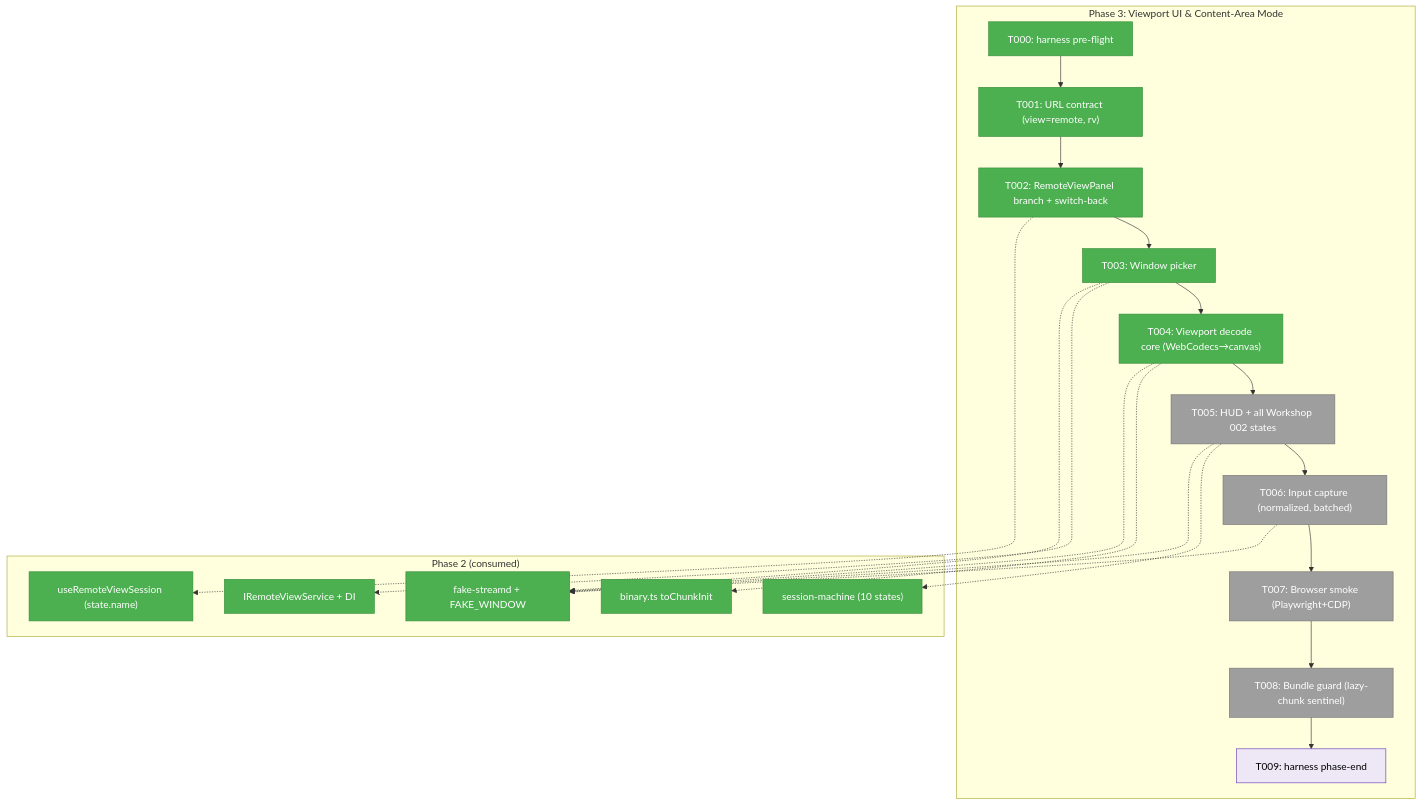
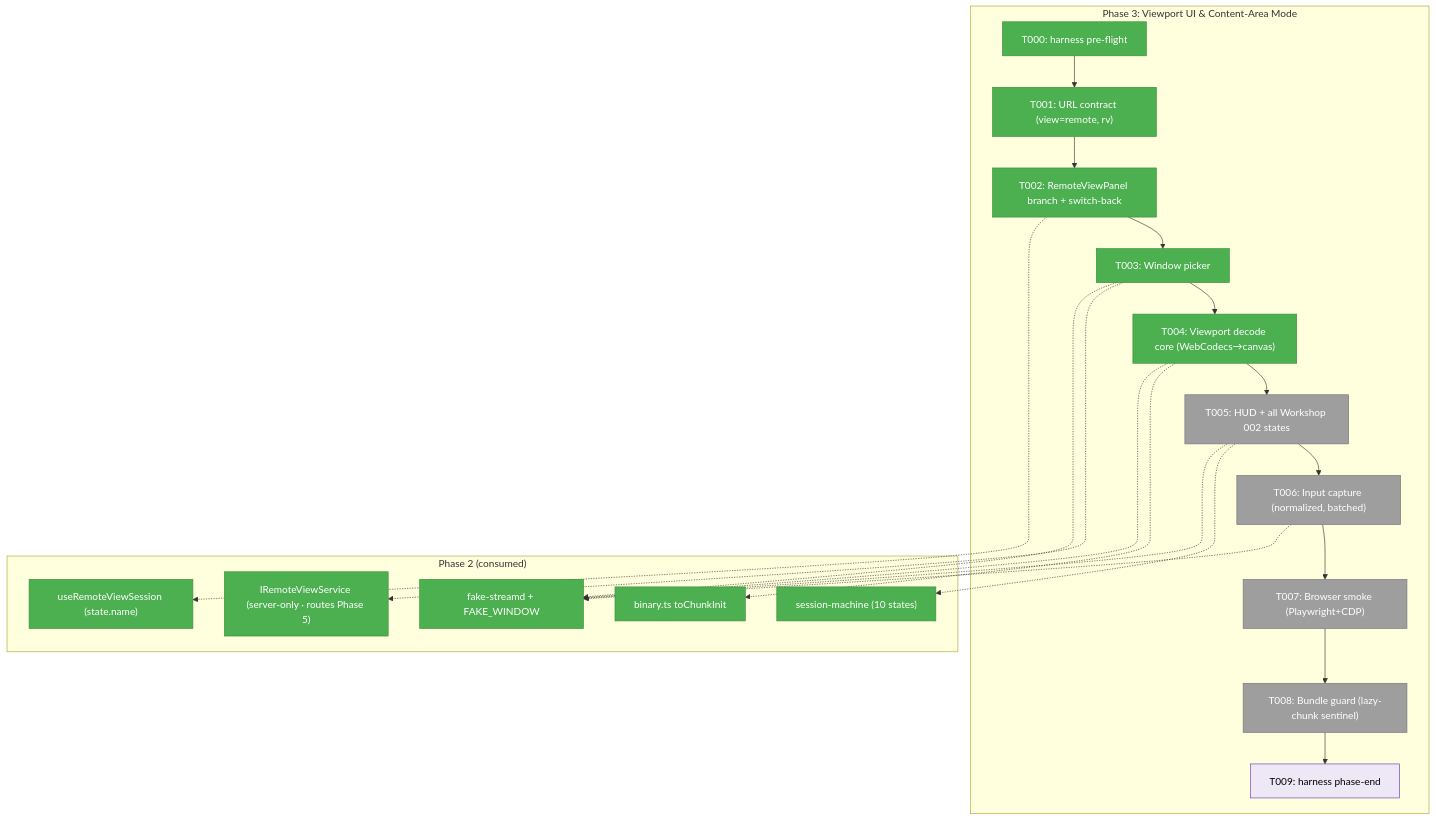
Before and after one commit to AI-Substrate/chainglass: the first of 3 diagrams in docs/plans/088-remote-app-view/tasks/phase-3-viewport-ui-content-area-mode/tasks.md, drawn with Mermaid. The commit also changed other lines of this file and 1 other file, not shown here.

First line of the commit message:
fix(remote-view): F002 — dossier names loader seam, not stale useInjection (Plan 088 Phase 3)

````diff
--- a/docs/plans/088-remote-app-view/tasks/phase-3-viewport-ui-content-area-mode/tasks.md
+++ b/docs/plans/088-remote-app-view/tasks/phase-3-viewport-ui-content-area-mode/tasks.md
@@ -90,36 +90,36 @@
 ```mermaid
 flowchart TD
     classDef pending fill:#9E9E9E,stroke:#757575,color:#fff
     classDef wip fill:#FF9800,stroke:#F57C00,color:#000
     classDef done fill:#4CAF50,stroke:#388E3C,color:#fff
     classDef seam fill:#EDE7F6,stroke:#673AB7,color:#000
     classDef reuse fill:#4CAF50,stroke:#388E3C,color:#fff
 
     subgraph Phase["Phase 3: Viewport UI & Content-Area Mode"]
         T000["T000: harness pre-flight"]:::done
         T001["T001: URL contract (view=remote, rv)"]:::done
         T002["T002: RemoteViewPanel branch + switch-back"]:::done
         T003["T003: Window picker"]:::done
         T004["T004: Viewport decode core (WebCodecs→canvas)"]:::done
         T005["T005: HUD + all Workshop 002 states"]:::pending
         T006["T006: Input capture (normalized, batched)"]:::pending
         T007["T007: Browser smoke (Playwright+CDP)"]:::pending
         T008["T008: Bundle guard (lazy-chunk sentinel)"]:::pending
         T009["T009: harness phase-end"]:::seam
         T000 --> T001 --> T002 --> T003 --> T004 --> T005 --> T006 --> T007 --> T008 --> T009
     end
 
     subgraph Reuse["Phase 2 (consumed)"]
         H["useRemoteViewSession (state.name)"]:::reuse
         FSM["session-machine (10 states)"]:::reuse
         BIN["binary.ts toChunkInit"]:::reuse
-        SVC["IRemoteViewService + DI"]:::reuse
+        SVC["IRemoteViewService (server-only · routes Phase 5)"]:::reuse
         FAKE["fake-streamd + FAKE_WINDOW"]:::reuse
     end
 
     T002 -.-> H
     T003 -.-> SVC
     T004 -.-> BIN
     T005 -.-> FSM
     T003 & T004 & T005 & T006 -.-> FAKE
 ```
````
